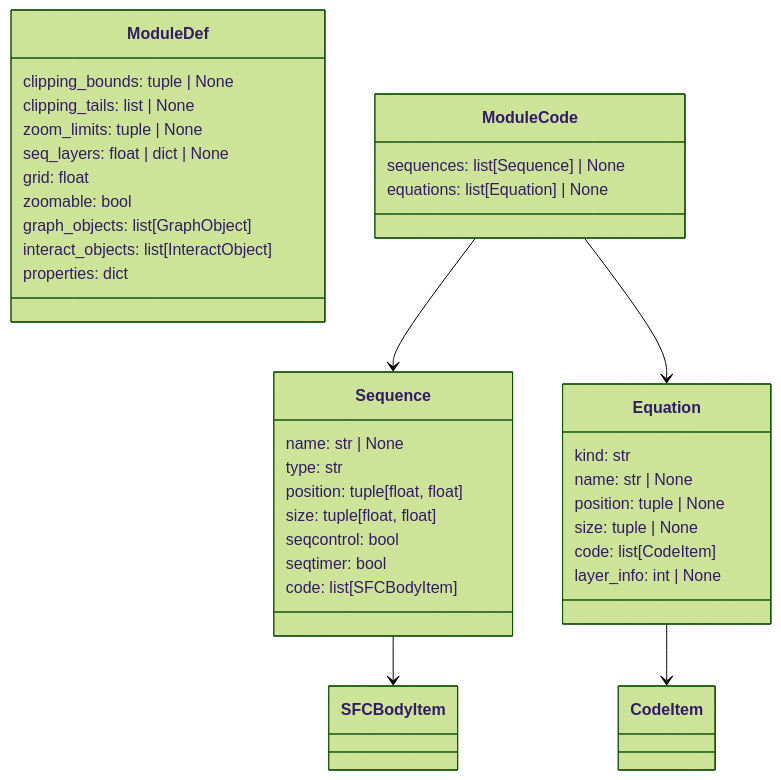
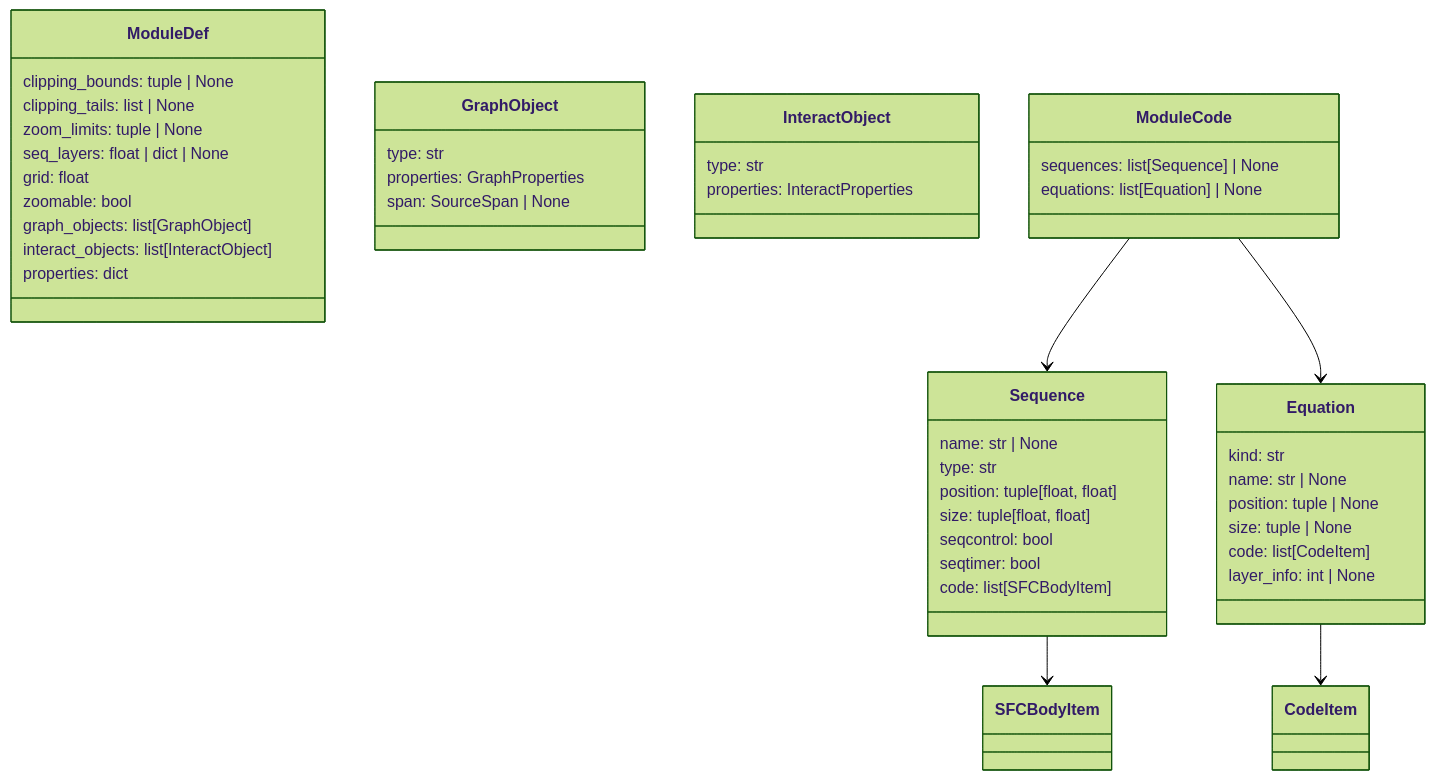
One commit to SorenHJohansen/sattline-parser changed the third of 6 diagrams in docs/ast.md. Above: the diagram before and after it, drawn with Mermaid (forest theme). The commit also changed other lines of this file and 21 other files, not shown here.

````diff
--- a/docs/ast.md
+++ b/docs/ast.md
@@ -167,43 +171,54 @@
 ```mermaid
 classDiagram
     class ModuleDef {
         clipping_bounds: tuple | None
         clipping_tails: list | None
         zoom_limits: tuple | None
         seq_layers: float | dict | None
         grid: float
         zoomable: bool
         graph_objects: list[GraphObject]
         interact_objects: list[InteractObject]
         properties: dict
+    }
+
+    class GraphObject {
+        type: str
+        properties: GraphProperties
+        span: SourceSpan | None
+    }
+
+    class InteractObject {
+        type: str
+        properties: InteractProperties
     }
 
     class ModuleCode {
         sequences: list[Sequence] | None
         equations: list[Equation] | None
     }
 
     class Sequence {
         name: str | None
         type: str
         position: tuple[float, float]
         size: tuple[float, float]
         seqcontrol: bool
         seqtimer: bool
         code: list[SFCBodyItem]
     }
 
     class Equation {
         kind: str
         name: str | None
         position: tuple | None
         size: tuple | None
         code: list[CodeItem]
         layer_info: int | None
     }
 
     ModuleCode --> Sequence
     ModuleCode --> Equation
     Sequence --> SFCBodyItem
     Equation --> CodeItem
 ```
````
